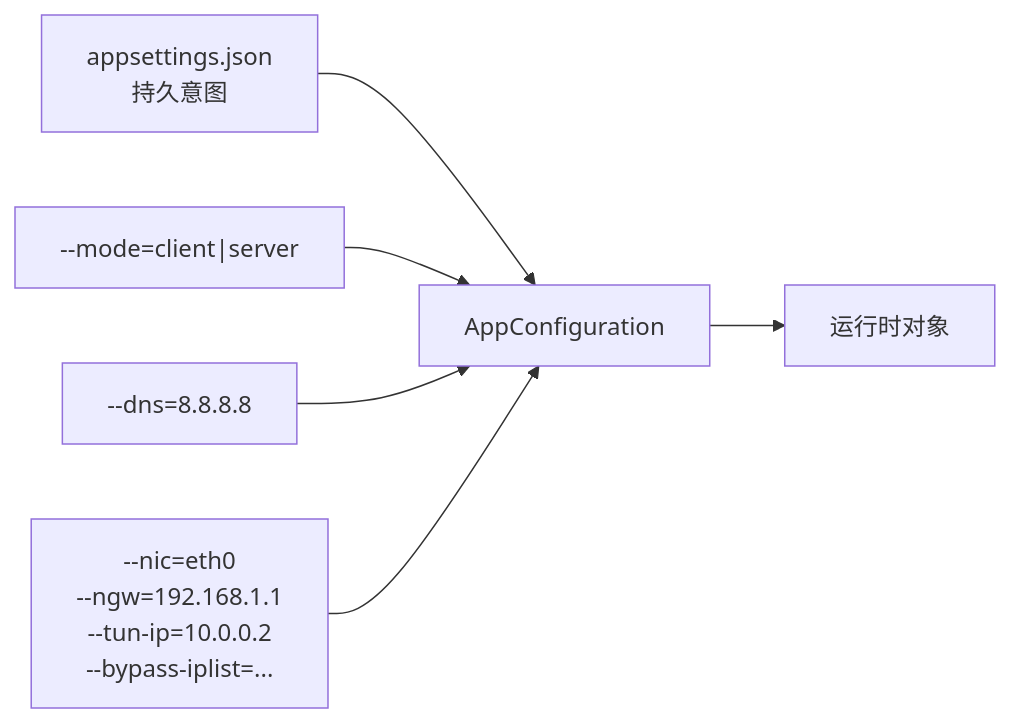
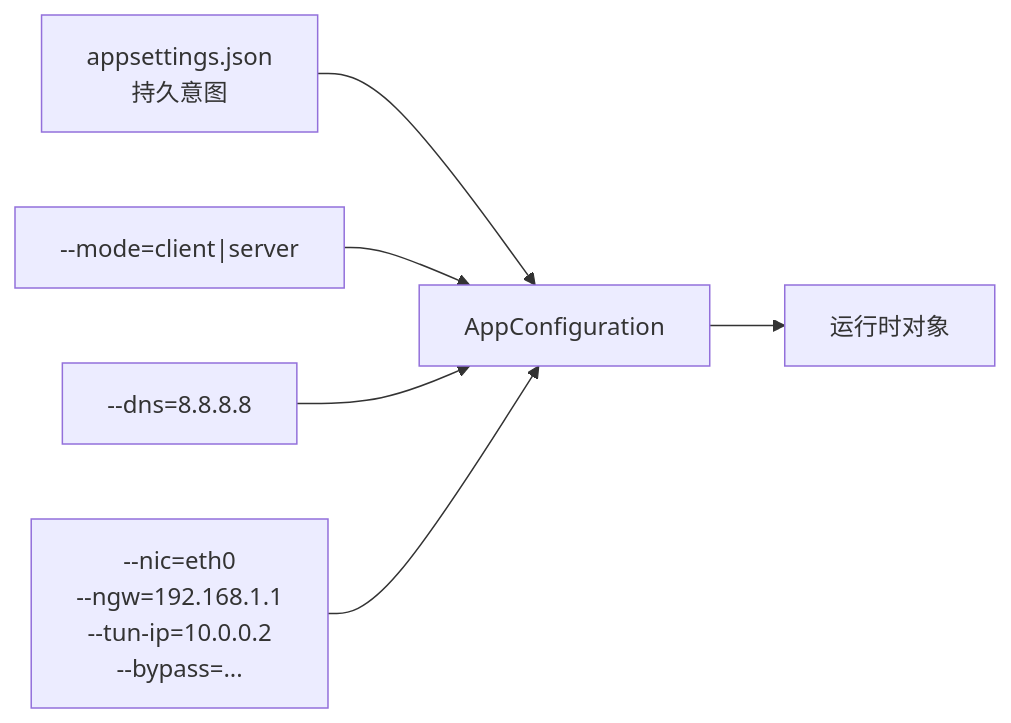
Before and after one commit to rebecca554owen/openppp2: the sixth of 7 diagrams in docs/reference/CONFIGURATION_CN.md, drawn with Mermaid. The commit also changed other lines of this file and 8 other files, not shown here.

````diff
--- a/docs/reference/CONFIGURATION_CN.md
+++ b/docs/reference/CONFIGURATION_CN.md
@@ -582,8 +582,8 @@
 ```mermaid
 flowchart LR
     A[appsettings.json\n持久意图] --> E[AppConfiguration]
     B["--mode=client|server"] --> E
     C["--dns=8.8.8.8"] --> E
-    D["--nic=eth0\n--ngw=192.168.1.1\n--tun-ip=10.0.0.2\n--bypass-iplist=..."] --> E
+    D["--nic=eth0\n--ngw=192.168.1.1\n--tun-ip=10.0.0.2\n--bypass=..."] --> E
     E --> F[运行时对象]
 ```
````
